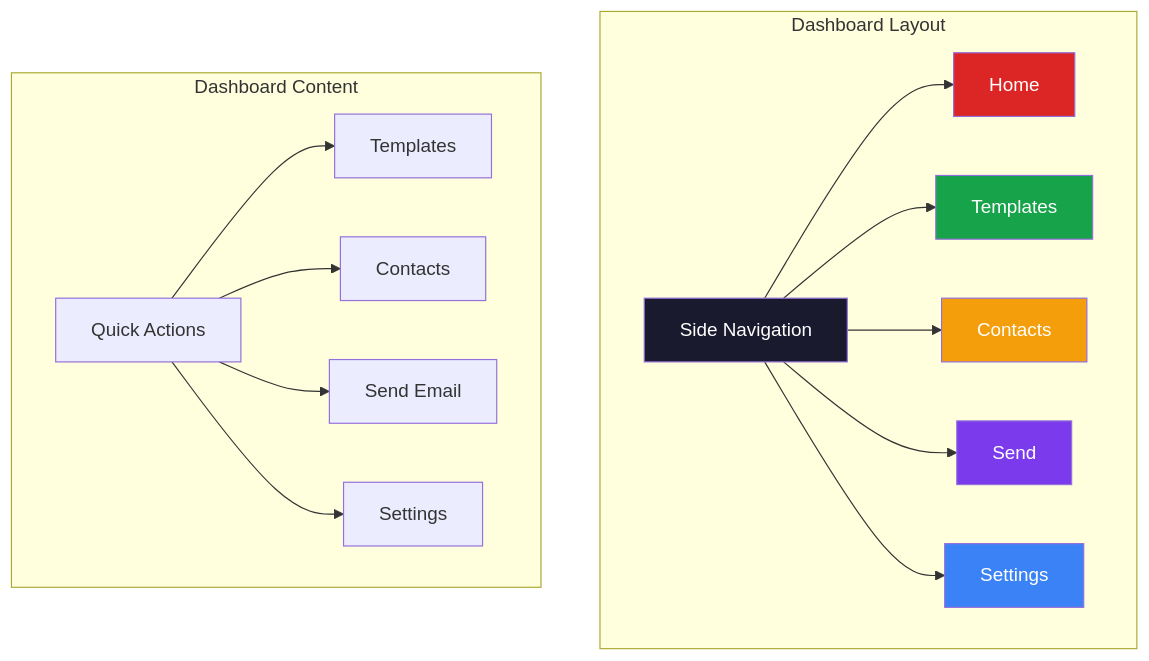
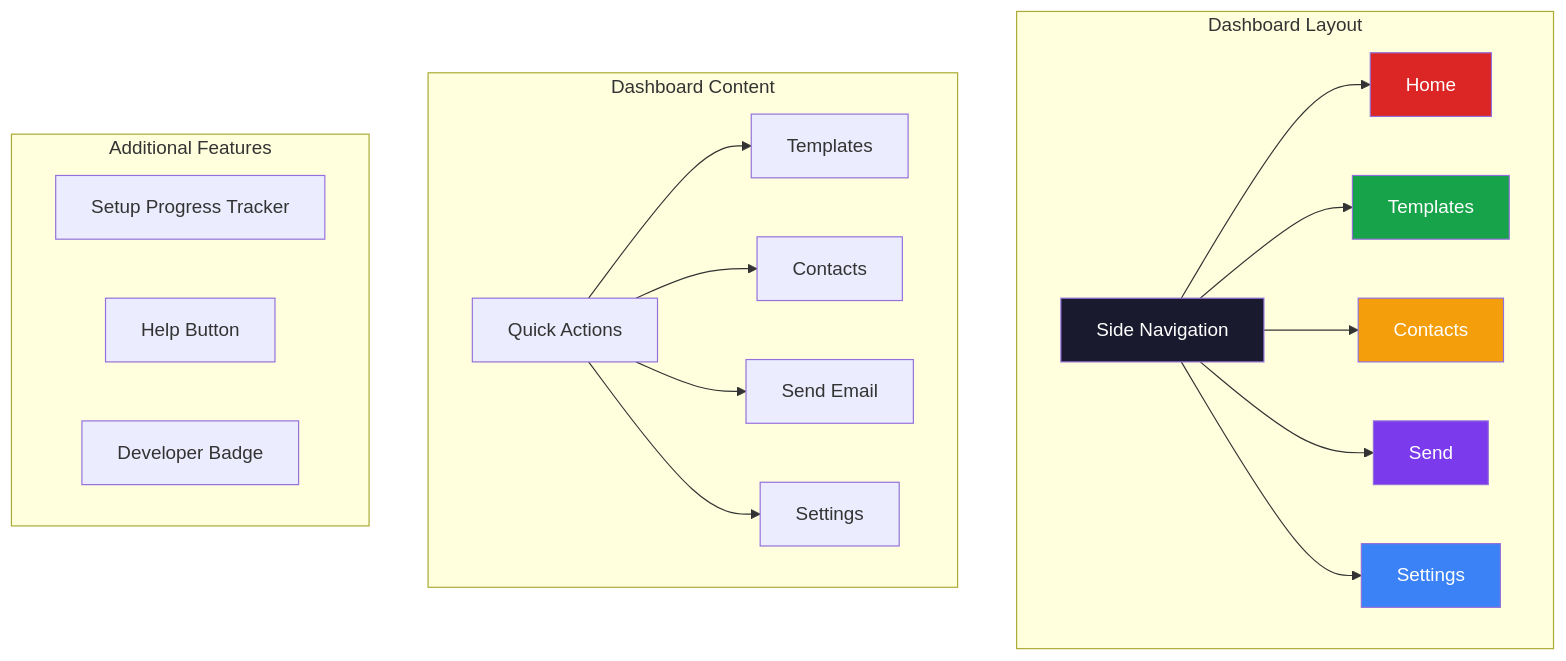
One commit to ChanMeng666/send-joy changed the second of 11 diagrams in TUTORIAL.md. Above: the diagram before and after it, drawn with Mermaid. The commit also changed other lines of this file and 1 other file, not shown here.

````diff
--- a/TUTORIAL.md
+++ b/TUTORIAL.md
@@ -47,24 +65,30 @@
 ```mermaid
 graph TD
     subgraph "Dashboard Layout"
         SIDEBAR[Side Navigation] --> HOME[Home]
         SIDEBAR --> TEMPLATES[Templates]
         SIDEBAR --> CONTACTS[Contacts]
         SIDEBAR --> SEND[Send]
         SIDEBAR --> SETTINGS[Settings]
     end
 
     subgraph "Dashboard Content"
         QUICK[Quick Actions] --> T1[Templates]
         QUICK --> T2[Contacts]
         QUICK --> T3[Send Email]
         QUICK --> T4[Settings]
     end
 
+    subgraph "Additional Features"
+        PROGRESS[Setup Progress Tracker]
+        HELP[Help Button]
+        BADGE[Developer Badge]
+    end
+
     style SIDEBAR fill:#1a1a2e,color:#fff
     style HOME fill:#DC2626,color:#fff
     style TEMPLATES fill:#16A34A,color:#fff
     style CONTACTS fill:#F59E0B,color:#fff
     style SEND fill:#7C3AED,color:#fff
     style SETTINGS fill:#3B82F6,color:#fff
 ```
````
